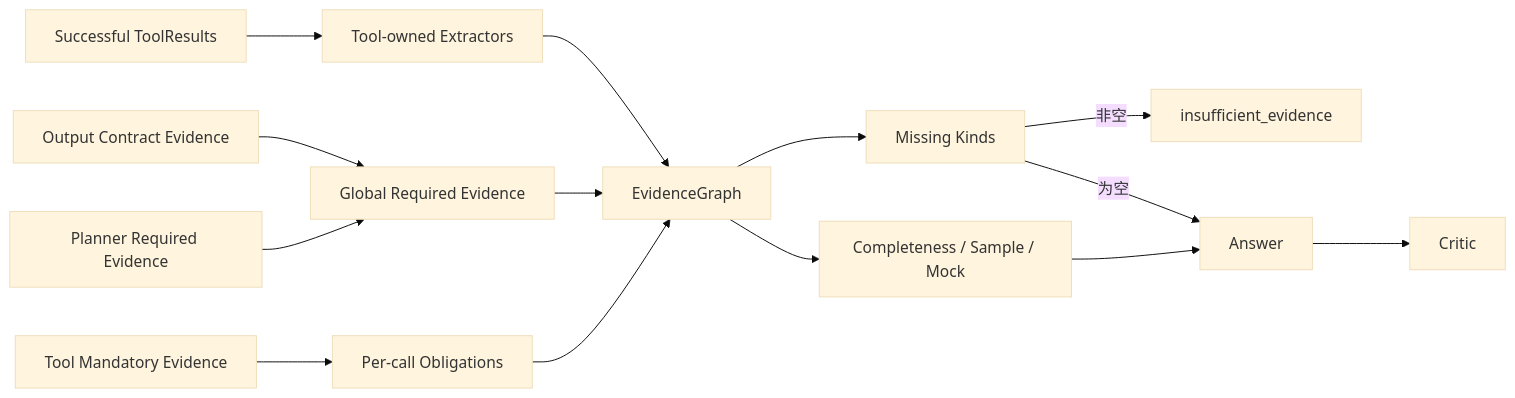
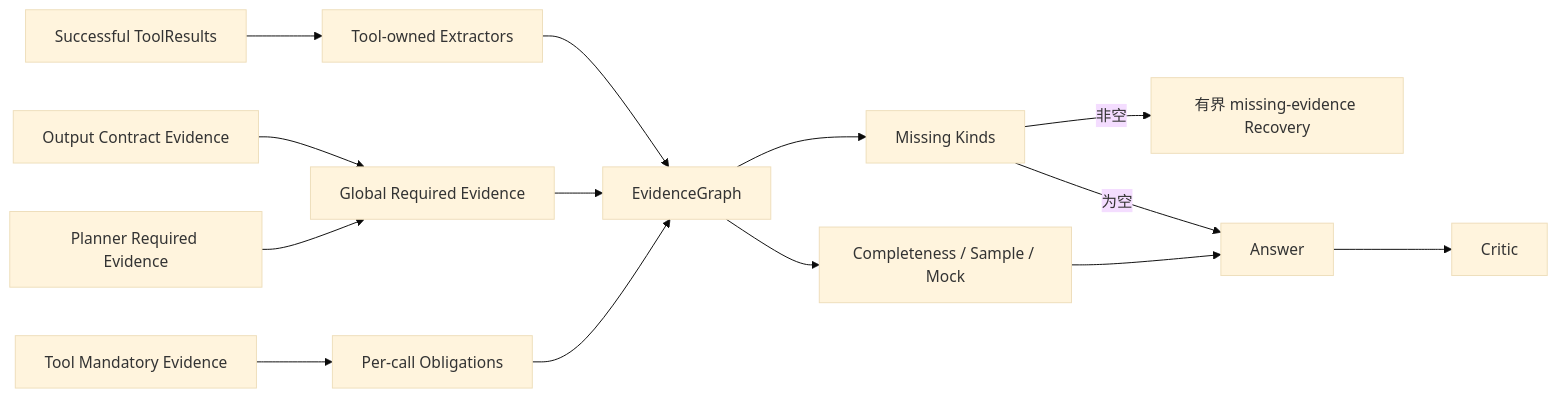
The fourth of 5 diagrams in docs/design/architecture/整体架构.md (Philip23333/DotaMind), drawn with Mermaid (base theme) before and after one commit. The commit also changed other lines of this file and 40 other files, not shown here.

````diff
--- a/docs/design/architecture/整体架构.md
+++ b/docs/design/architecture/整体架构.md
@@ -118,18 +126,18 @@
 ```mermaid
 flowchart LR
     Contract["Output Contract Evidence"] --> Global["Global Required Evidence"]
     Planner["Planner Required Evidence"] --> Global
     Registry["Tool Mandatory Evidence"] --> PerCall["Per-call Obligations"]
 
     Results["Successful ToolResults"] --> Extractors["Tool-owned Extractors"]
     Extractors --> Graph["EvidenceGraph"]
     Global --> Graph
     PerCall --> Graph
 
     Graph --> Missing["Missing Kinds"]
     Graph --> Quality["Completeness / Sample / Mock"]
-    Missing -->|"非空"| Finalize["insufficient_evidence"]
+    Missing -->|"非空"| Recovery["有界 missing-evidence Recovery"]
     Missing -->|"为空"| Answer["Answer"]
     Quality --> Answer
     Answer --> Critic["Critic"]
 ```
````
